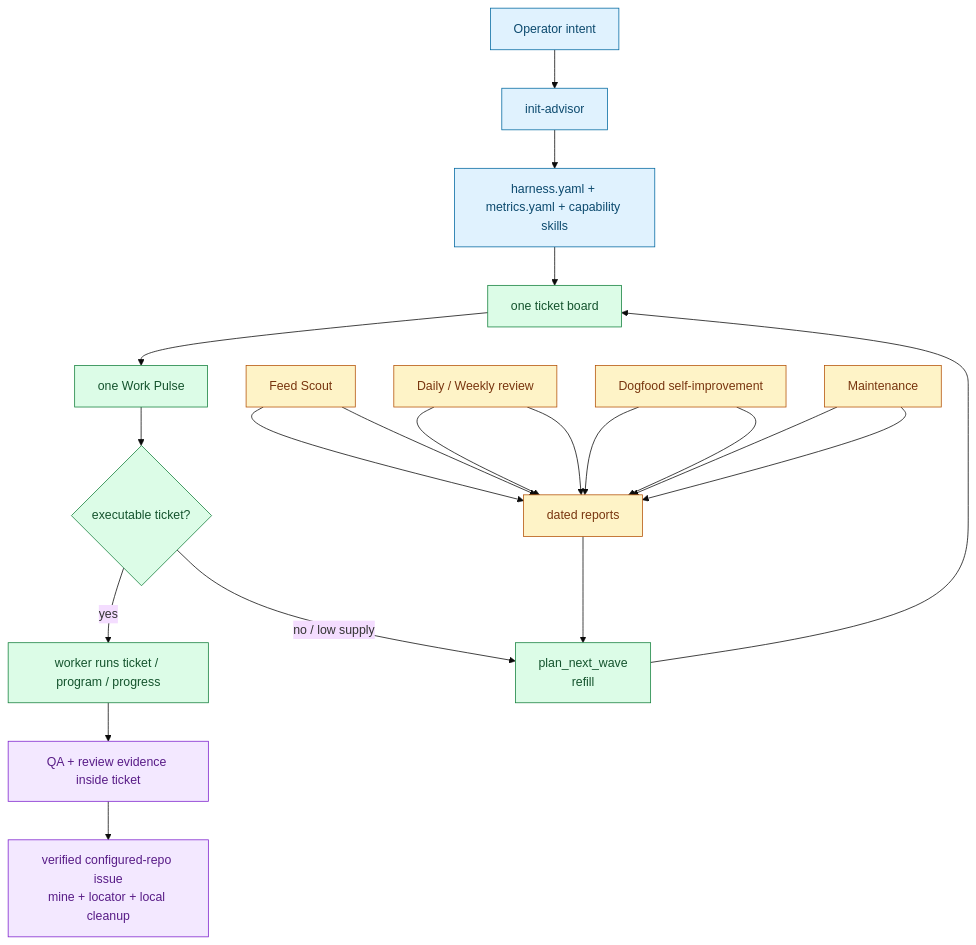
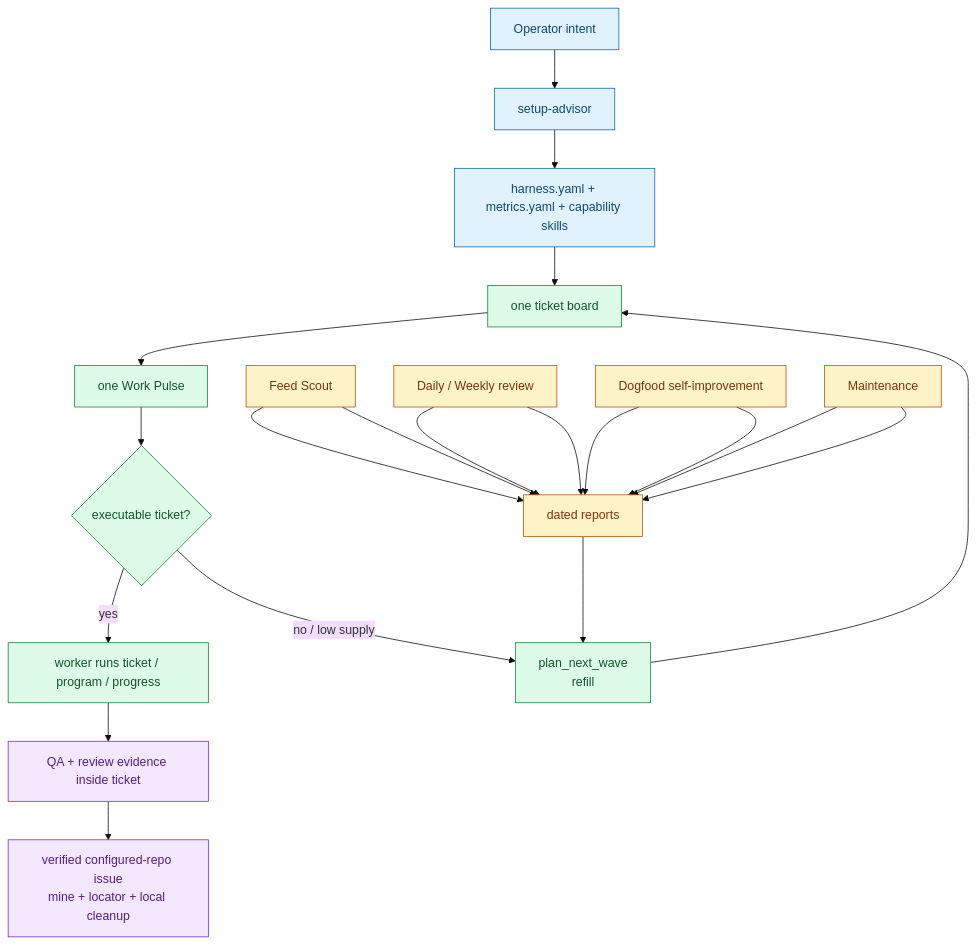
The diagram in docs/farplane-framework/lifecycle.md (ZanarkandTechnologies/Farplane), drawn with Mermaid (base theme) before and after one commit. The commit also changed other lines of this file and 647 other files, not shown here.

````diff
--- a/docs/farplane-framework/lifecycle.md
+++ b/docs/farplane-framework/lifecycle.md
@@ -72,28 +72,28 @@
 ```mermaid
 flowchart TD
   classDef program fill:#e0f2fe,stroke:#0369a1,color:#0c4a6e
   classDef work fill:#dcfce7,stroke:#15803d,color:#14532d
   classDef source fill:#fef3c7,stroke:#b45309,color:#78350f
   classDef proof fill:#f3e8ff,stroke:#7e22ce,color:#581c87
 
-  A["Operator intent"]:::program --> B["init-advisor"]:::program
+  A["Operator intent"]:::program --> B["setup-advisor"]:::program
   B --> C["harness.yaml + metrics.yaml + capability skills"]:::program
   C --> D["one ticket board"]:::work
   D --> E["one Work Pulse"]:::work
   E --> F{"executable ticket?"}:::work
   F -->|yes| G["worker runs ticket / program / progress"]:::work
   F -->|no / low supply| H["plan_next_wave<br/>refill"]:::work
   H --> D
   G --> I["QA + review evidence inside ticket"]:::proof
   I --> J["verified configured-repo issue<br/>mine + locator + local cleanup"]:::proof
 
   K["Feed Scout"]:::source --> O
   L["Daily / Weekly review"]:::source --> O
   M["Dogfood self-improvement"]:::source --> O
   N["Maintenance"]:::source --> O
   K --> O["dated reports"]:::source
   L --> O
   M --> O
   N --> O
   O --> H
 ```
````
